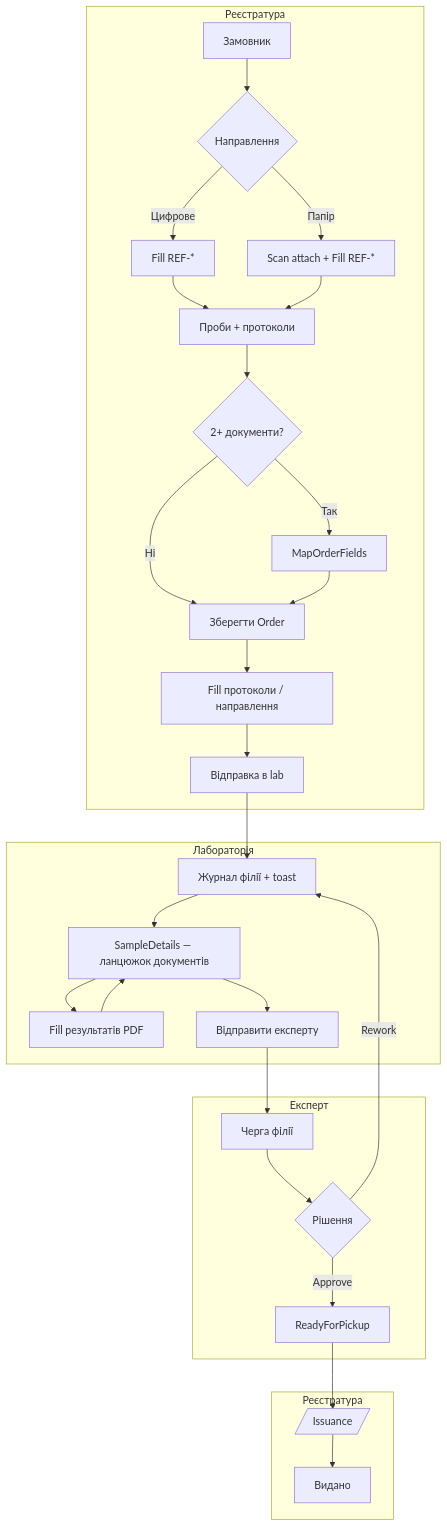
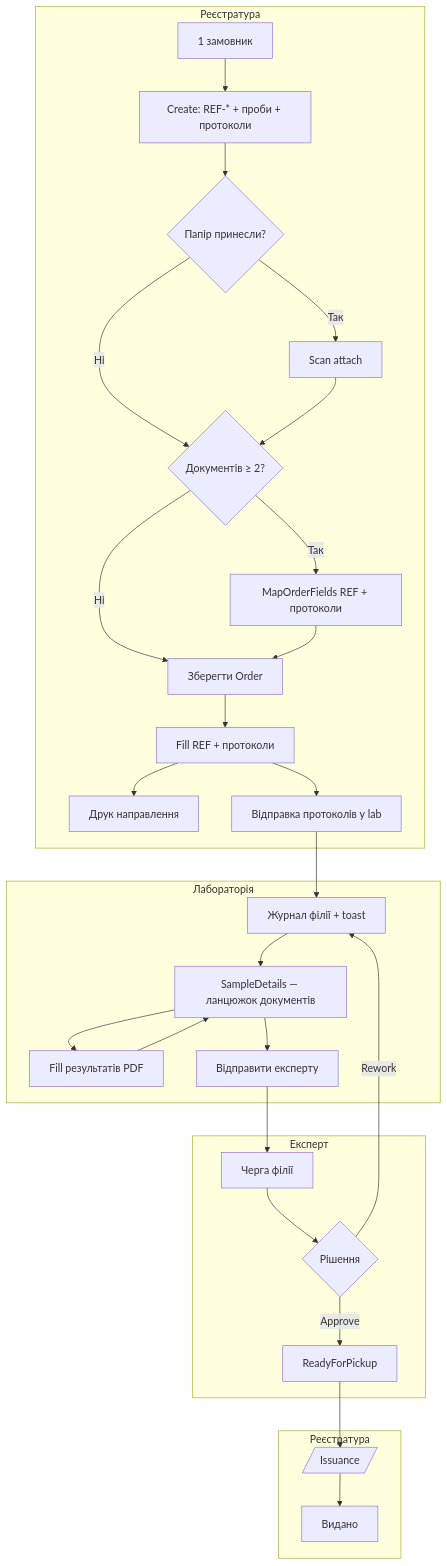
One commit to romanskvitaliy-cmd/UniversalLIMS changed the diagram in docs/roadmap-master-v2-pilot.md. Above: the diagram before and after it, drawn with Mermaid. The commit also changed other lines of this file and 15 other files, not shown here.

First line of the commit message:
Align registration UI with sanlab terminology (справа / проба / бланк PDF) and consolidate the pilot roadmap for the next agent sessions.

````diff
--- a/docs/roadmap-master-v2-pilot.md
+++ b/docs/roadmap-master-v2-pilot.md
@@ -367,36 +487,36 @@
 ```mermaid
 flowchart TD
     subgraph intake [Реєстратура]
-        A[Замовник] --> B{Направлення}
-        B -->|Цифрове| C[Fill REF-*]
-        B -->|Папір| D[Scan attach + Fill REF-*]
-        C --> E[Проби + протоколи]
+        A[1 замовник] --> B[Create: REF-* + проби + протоколи]
+        B --> C{Папір принесли?}
+        C -->|Так| D[Scan attach]
+        C -->|Ні| E{Документів ≥ 2?}
         D --> E
-        E --> F{2+ документи?}
-        F -->|Так| G[MapOrderFields]
-        F -->|Ні| H[Зберегти Order]
-        G --> H
-        H --> I[Fill протоколи / направлення]
-        I --> J[Відправка в lab]
+        E -->|Так| F[MapOrderFields REF + протоколи]
+        E -->|Ні| G[Зберегти Order]
+        F --> G
+        G --> H[Fill REF + протоколи]
+        H --> I[Друк направлення]
+        H --> J[Відправка протоколів у lab]
     end
 
     subgraph lab [Лабораторія]
         J --> K[Журнал філії + toast]
         K --> K2[SampleDetails — ланцюжок документів]
         K2 --> L[Fill результатів PDF]
         L --> K2
         K2 --> M[Відправити експерту]
     end
 
     subgraph expert [Експерт]
         M --> N[Черга філії]
         N --> O{Рішення}
         O -->|Approve| P[ReadyForPickup]
         O -->|Rework| K
     end
 
     subgraph reg2 [Реєстратура]
         P --> Q[/Issuance/]
         Q --> R[Видано]
     end
 ```
````
